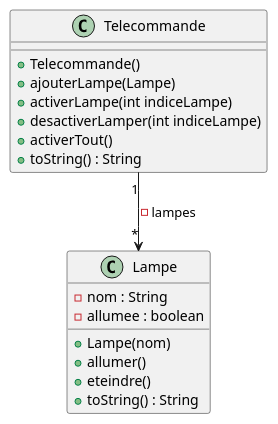
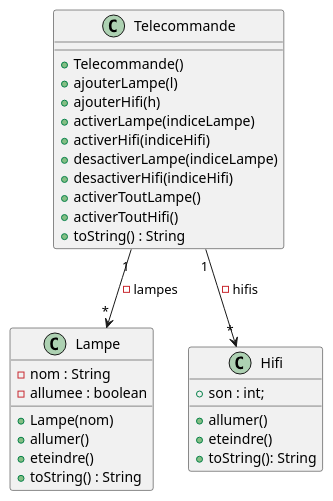
Before and after one commit to Caedit/2026_coo_domotique_RENARD_PHILIPPE: the diagram in conception.puml, drawn with PlantUML.

Commit message:
Modification du diagramme UML pour ajouter la classe Hifi et les méthodes de Telecommande associées

```diff
--- a/conception.puml
+++ b/conception.puml
@@ -1,27 +1,40 @@
 @startuml titre Manipulation de lampes
 
 '''classes
 class Lampe {
     -nom : String
     -allumee : boolean
 
     +Lampe(nom)
     +allumer()
     +eteindre()
     +toString() : String
 }
 
+class Hifi{
+    +son : int;
+
+    +allumer()
+    +eteindre()
+    +toString(): String
+}
+
 class Telecommande {
 
     +Telecommande()
-    +ajouterLampe(Lampe)
-    +activerLampe(int indiceLampe)
-    +desactiverLamper(int indiceLampe)
-    +activerTout()
+    +ajouterLampe(l)
+    +ajouterHifi(h)
+    +activerLampe(indiceLampe)
+    +activerHifi(indiceHifi)
+    +desactiverLampe(indiceLampe)
+    +desactiverHifi(indiceHifi)
+    +activerToutLampe()
+    +activerToutHifi()
     +toString() : String
 }
 
 '''relations
 Telecommande "1" --> "*" Lampe : -lampes
+Telecommande "1" --> "*" Hifi : -hifis
 
 @enduml
```
